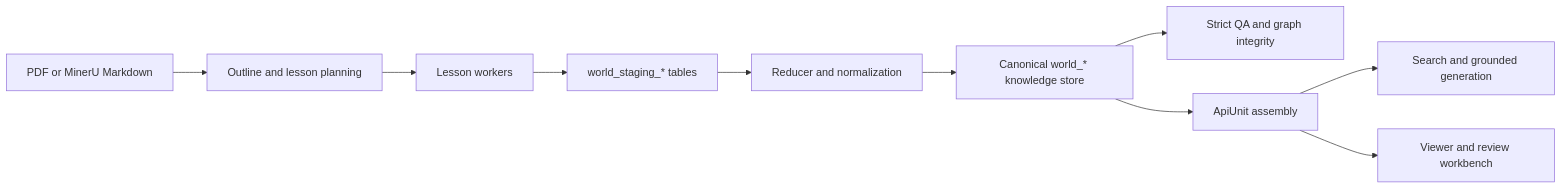
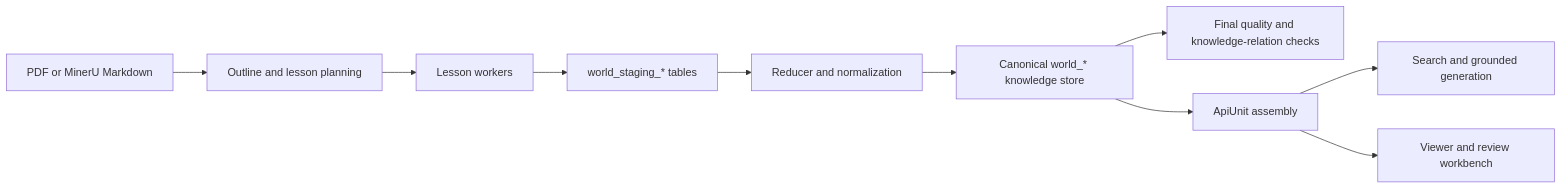
The diagram in README.md (Titan-Frank/InnoKnowledge), drawn with Mermaid before and after one commit. The commit also changed other lines of this file and 19 other files, not shown here.

````diff
--- a/README.md
+++ b/README.md
@@ -44,12 +44,12 @@
 ```mermaid
 flowchart LR
     A["PDF or MinerU Markdown"] --> B["Outline and lesson planning"]
     B --> C["Lesson workers"]
     C --> D["world_staging_* tables"]
     D --> E["Reducer and normalization"]
     E --> F["Canonical world_* knowledge store"]
-    F --> G["Strict QA and graph integrity"]
+    F --> G["Final quality and knowledge-relation checks"]
     F --> H["ApiUnit assembly"]
     H --> I["Search and grounded generation"]
     H --> J["Viewer and review workbench"]
 ```
````
